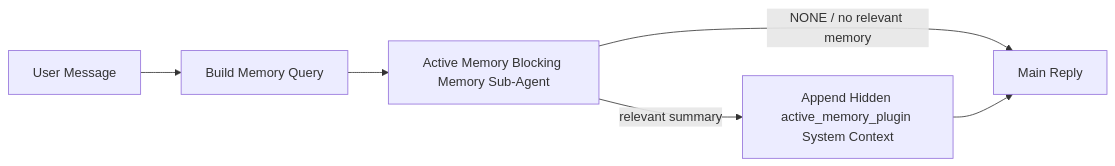
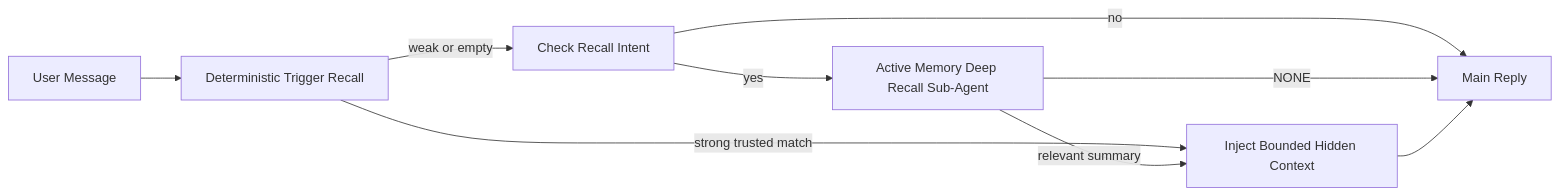
One commit to tbdavid2019/openclaw-docs-skill changed the diagram in references/concepts/active-memory.md. Above: the diagram before and after it, drawn with Mermaid. The commit also changed other lines of this file and 154 other files, not shown here.

First line of the commit message:
feat: add progressive documentation architecture

````diff
--- a/references/concepts/active-memory.md
+++ b/references/concepts/active-memory.md
@@ -124,8 +131,11 @@
 ```mermaid
 flowchart LR
-  U["User Message"] --> Q["Build Memory Query"]
-  Q --> R["Active Memory Blocking Memory Sub-Agent"]
-  R -->|NONE / no relevant memory| M["Main Reply"]
-  R -->|relevant summary| I["Append Hidden active_memory_plugin System Context"]
-  I --> M["Main Reply"]
+  U["User Message"] --> D["Deterministic Trigger Recall"]
+  D -->|strong trusted match| I["Inject Bounded Hidden Context"]
+  D -->|weak or empty| H["Check Recall Intent"]
+  H -->|no| M["Main Reply"]
+  H -->|yes| R["Active Memory Deep Recall Sub-Agent"]
+  R -->|NONE| M
+  R -->|relevant summary| I
+  I --> M
 ```
````
